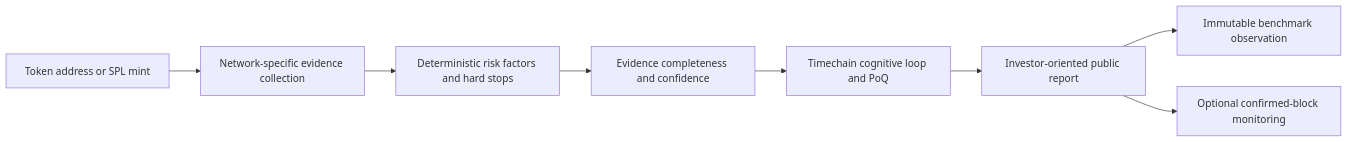
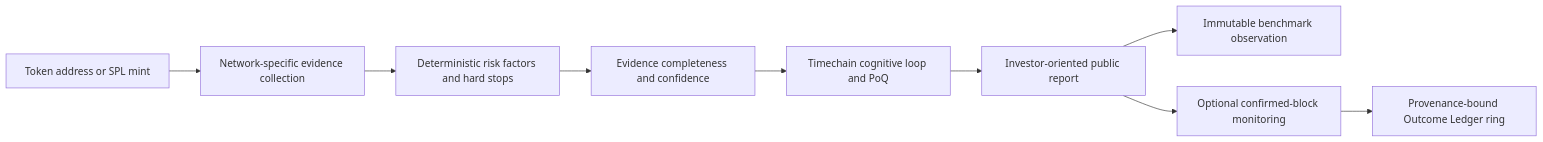
The diagram in README.md (nfouad1/chainseer-api), drawn with Mermaid before and after one commit. The commit also changed other lines of this file and 33 other files, not shown here.

````diff
--- a/README.md
+++ b/README.md
@@ -34,10 +40,11 @@
 ```mermaid
 flowchart LR
     A["Token address or SPL mint"] --> B["Network-specific evidence collection"]
     B --> C["Deterministic risk factors and hard stops"]
     C --> D["Evidence completeness and confidence"]
     D --> E["Timechain cognitive loop and PoQ"]
     E --> F["Investor-oriented public report"]
     F --> G["Immutable benchmark observation"]
     F --> H["Optional confirmed-block monitoring"]
+    H --> I["Provenance-bound Outcome Ledger ring"]
 ```
````
